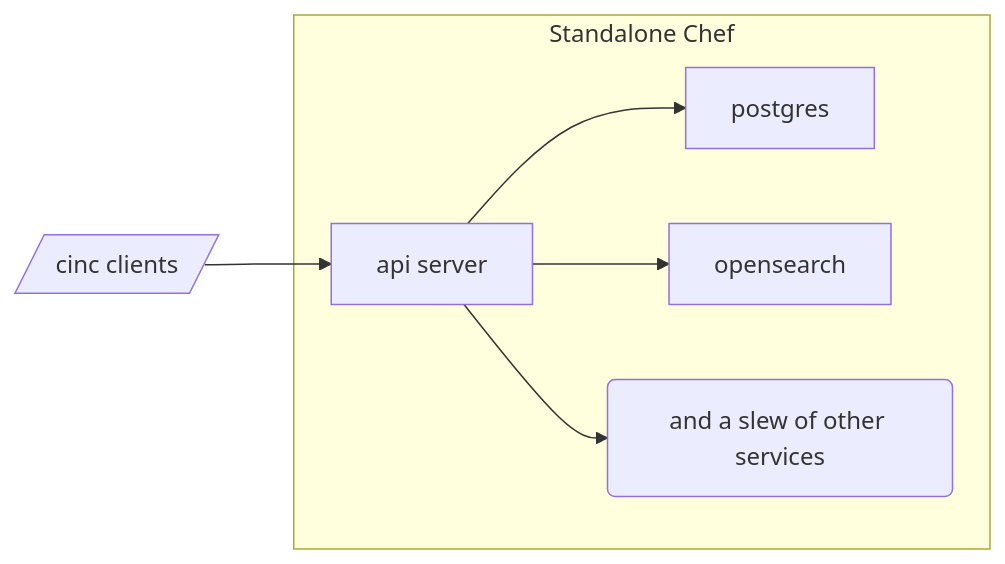
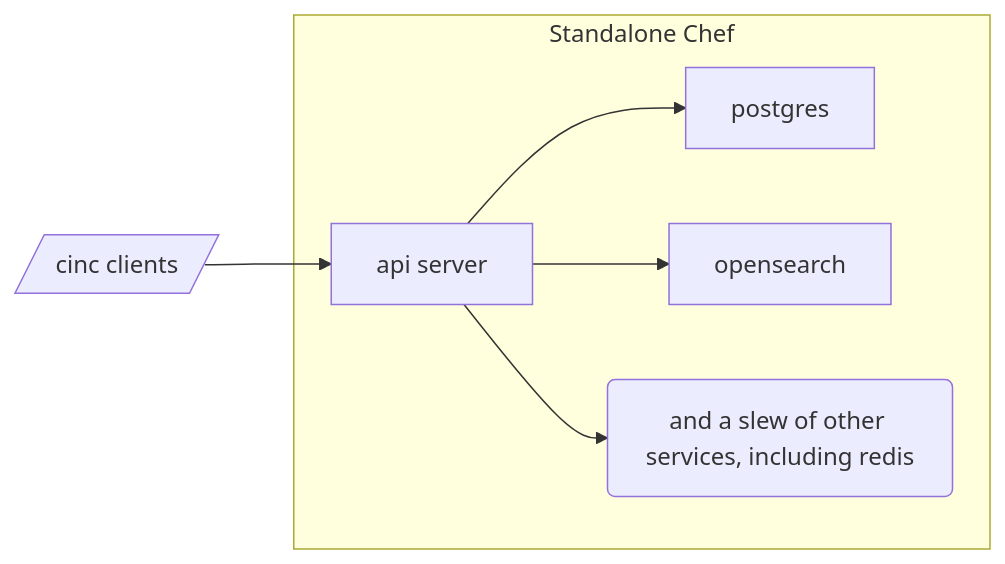
One commit to jdblack/website changed the first of 3 diagrams in content/post/clustering_cinc.md. Above: the diagram before and after it, drawn with Mermaid. The commit also changed other lines of this file and 32 other files, not shown here.

```diff
--- a/content/post/clustering_cinc.md
+++ b/content/post/clustering_cinc.md
@@ -33,9 +33,9 @@
 {{< mermaid >}}
 flowchart LR
 clients[/cinc clients/]-->cinc[api server]
 subgraph Standalone Chef
 cinc-->postgres
 cinc-->opensearch
-cinc-->others(and a slew of other services)
+cinc-->others(and a slew of other services, including redis)
 end
 {{</mermaid >}}
```
